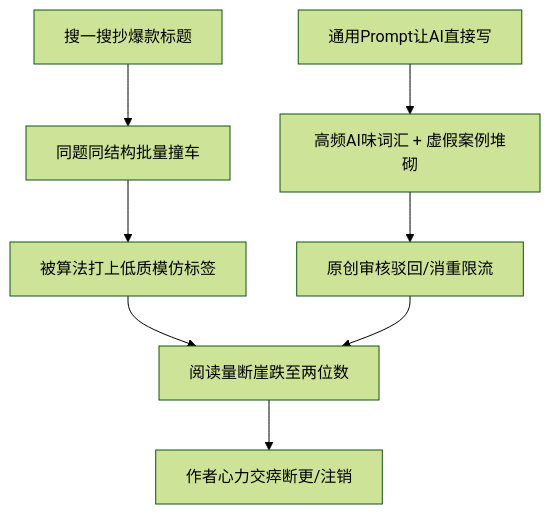
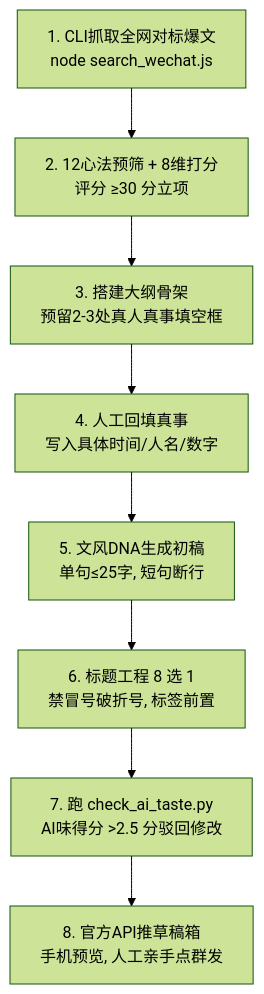
The diagram in docs/orange-paper.md (Meltemi-Q/wechat-viral-orange-paper), drawn with Mermaid (forest theme) before and after one commit. The commit also changed other lines of this file and 5 other files, not shown here.

````diff
--- a/docs/orange-paper.md
+++ b/docs/orange-paper.md
@@ -33,9 +245,10 @@
 ```mermaid
 graph TD
-    A[搜一搜抄爆款标题] --> B[同题同结构批量撞车]
-    B --> C[被算法打上低质模仿标签]
-    D[通用Prompt让AI直接写] --> E[高频AI味词汇 + 虚假案例堆砌]
-    E --> F[原创审核驳回/消重限流]
-    C & F --> G[阅读量断崖跌至两位数]
-    G --> H[作者心力交瘁断更/注销]
+    Step1[1. CLI抓取全网对标爆文<br>node search_wechat.js] --> Step2[2. 12心法预筛 + 8维打分<br>评分 ≥30 分立项]
+    Step2 --> Step3[3. 搭建大纲骨架<br>预留2-3处真人真事填空框]
+    Step3 --> Step4[4. 人工回填真事<br>写入具体时间/人名/数字]
+    Step4 --> Step5[5. 文风DNA生成初稿<br>单句≤25字, 短句断行]
+    Step5 --> Step6[6. 标题工程 8 选 1<br>禁冒号破折号, 标签前置]
+    Step6 --> Step7[7. 跑 check_ai_taste.py<br>AI味得分 >2.5 分驳回修改]
+    Step7 --> Step8[8. 官方API推草稿箱<br>手机预览, 人工亲手点群发]
 ```
````
